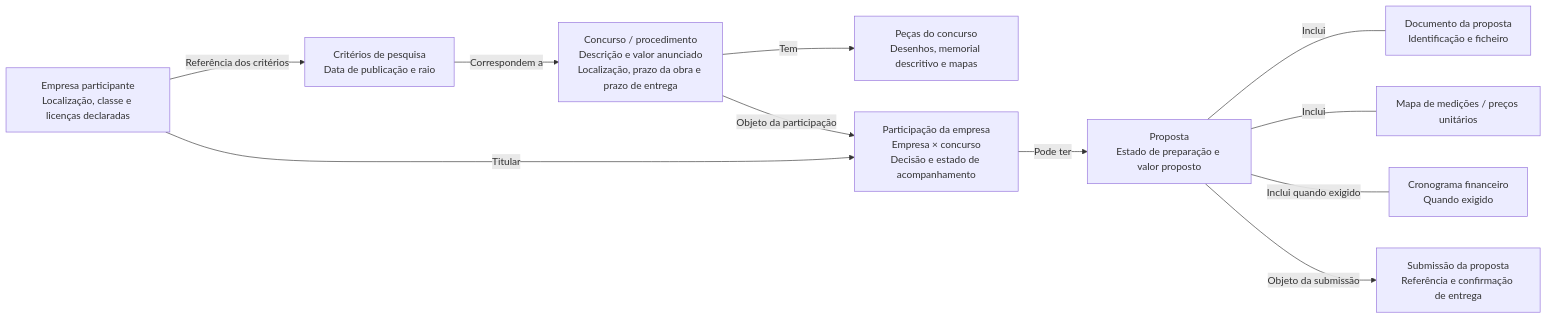
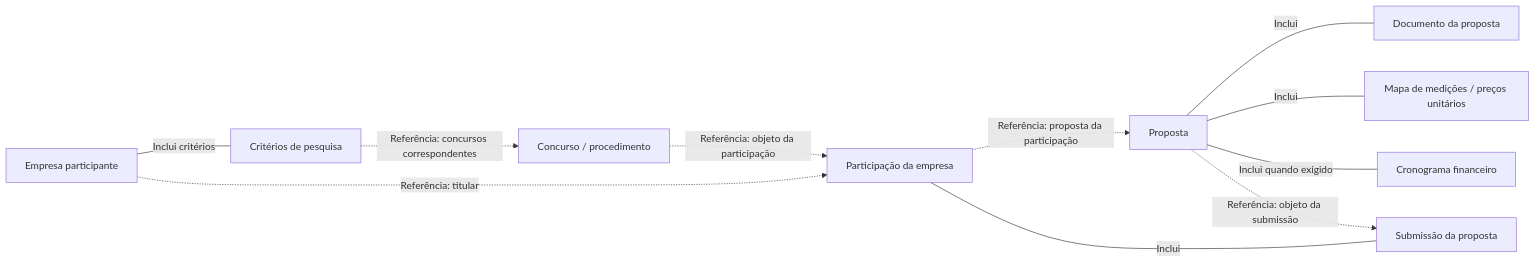
Before and after one commit to prumod/cairn-web: the fifth of 5 diagrams in context/now/diagrams.md, drawn with Mermaid. The commit also changed other lines of this file and 4 other files, not shown here.

Commit message:
docs: restore required DDD diagram notation (#22)

````diff
--- a/context/now/diagrams.md
+++ b/context/now/diagrams.md
@@ -192,24 +218,23 @@
 ```mermaid
 flowchart LR
-    EMPRESA["Empresa participante<br/>Localização, classe e licenças declaradas"]
-    PESQUISA["Critérios de pesquisa<br/>Data de publicação e raio"]
-    CONCURSO["Concurso / procedimento<br/>Descrição e valor anunciado<br/>Localização, prazo da obra e prazo de entrega"]
-    PECAS["Peças do concurso<br/>Desenhos, memorial descritivo e mapas"]
-    PARTICIPACAO["Participação da empresa<br/>Empresa × concurso<br/>Decisão e estado de acompanhamento"]
-    PROPOSTA["Proposta<br/>Estado de preparação e valor proposto"]
-    DOCUMENTO["Documento da proposta<br/>Identificação e ficheiro"]
+    EMPRESA["Empresa participante"]
+    PESQUISA["Critérios de pesquisa"]
+    CONCURSO["Concurso / procedimento"]
+    PARTICIPACAO["Participação da empresa"]
+    PROPOSTA["Proposta"]
+    DOCUMENTO["Documento da proposta"]
     MAPA["Mapa de medições / preços unitários"]
-    FINANCEIRO["Cronograma financeiro<br/>Quando exigido"]
-    SUBMISSAO["Submissão da proposta<br/>Referência e confirmação de entrega"]
+    FINANCEIRO["Cronograma financeiro"]
+    SUBMISSAO["Submissão da proposta"]
 
-    EMPRESA -->|"Referência dos critérios"| PESQUISA
-    PESQUISA -->|"Correspondem a"| CONCURSO
-    CONCURSO -->|"Tem"| PECAS
-    EMPRESA -->|"Titular"| PARTICIPACAO
-    CONCURSO -->|"Objeto da participação"| PARTICIPACAO
-    PARTICIPACAO -->|"Pode ter"| PROPOSTA
+    EMPRESA ---|"Inclui critérios"| PESQUISA
+    PESQUISA -. "Referência: concursos correspondentes" .-> CONCURSO
+    EMPRESA -. "Referência: titular" .-> PARTICIPACAO
+    CONCURSO -. "Referência: objeto da participação" .-> PARTICIPACAO
+    PARTICIPACAO -. "Referência: proposta da participação" .-> PROPOSTA
     PROPOSTA ---|"Inclui"| DOCUMENTO
     PROPOSTA ---|"Inclui"| MAPA
     PROPOSTA ---|"Inclui quando exigido"| FINANCEIRO
-    PROPOSTA -->|"Objeto da submissão"| SUBMISSAO
+    PARTICIPACAO ---|"Inclui"| SUBMISSAO
+    PROPOSTA -. "Referência: objeto da submissão" .-> SUBMISSAO
 ```
````
